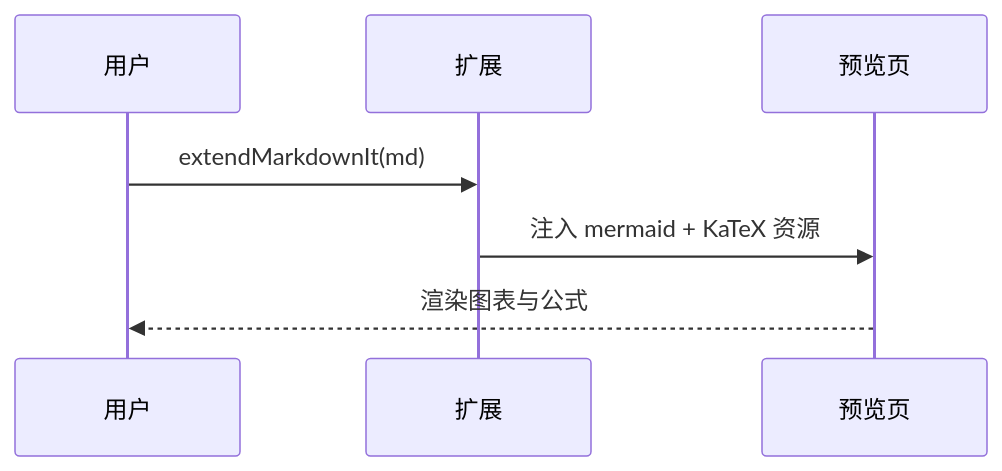
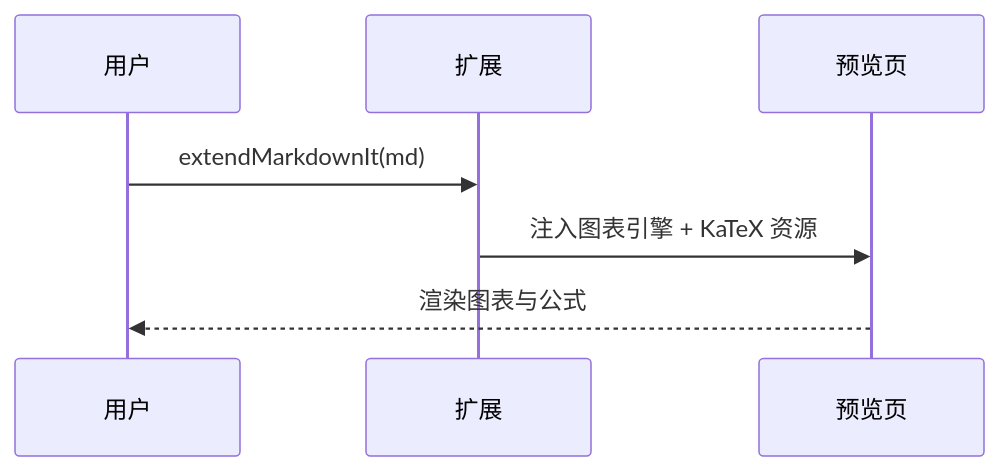
One commit to yc7en/GoldenEdit changed the second of 3 diagrams in docs/demo.md. Above: the diagram before and after it, drawn with Mermaid. The commit also changed other lines of this file and 19 other files, not shown here.

First line of the commit message:
feat: 乐谱渲染（ABC）与图表引擎换成 Pele（0.6.0）

````diff
--- a/docs/demo.md
+++ b/docs/demo.md
@@ -48,9 +48,9 @@
 ```mermaid
 sequenceDiagram
   participant U as 用户
   participant E as 扩展
   participant P as 预览页
   U->>E: extendMarkdownIt(md)
-  E->>P: 注入 mermaid + KaTeX 资源
+  E->>P: 注入图表引擎 + KaTeX 资源
   P-->>U: 渲染图表与公式
 ```
````
